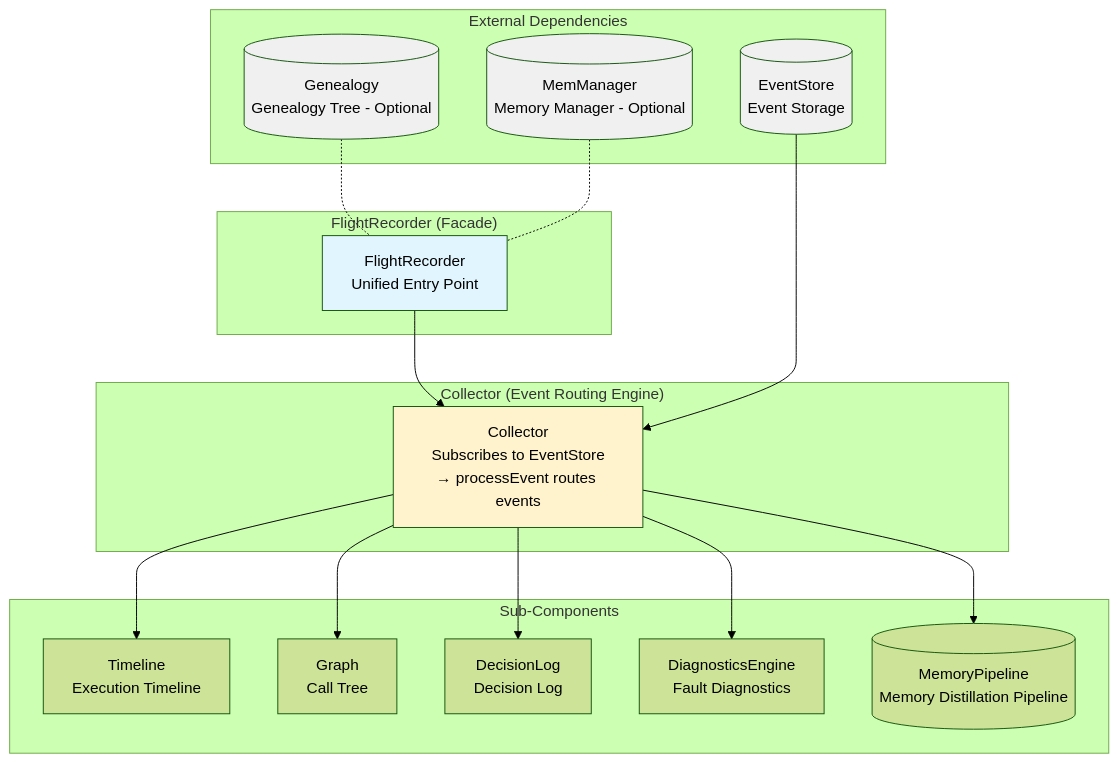
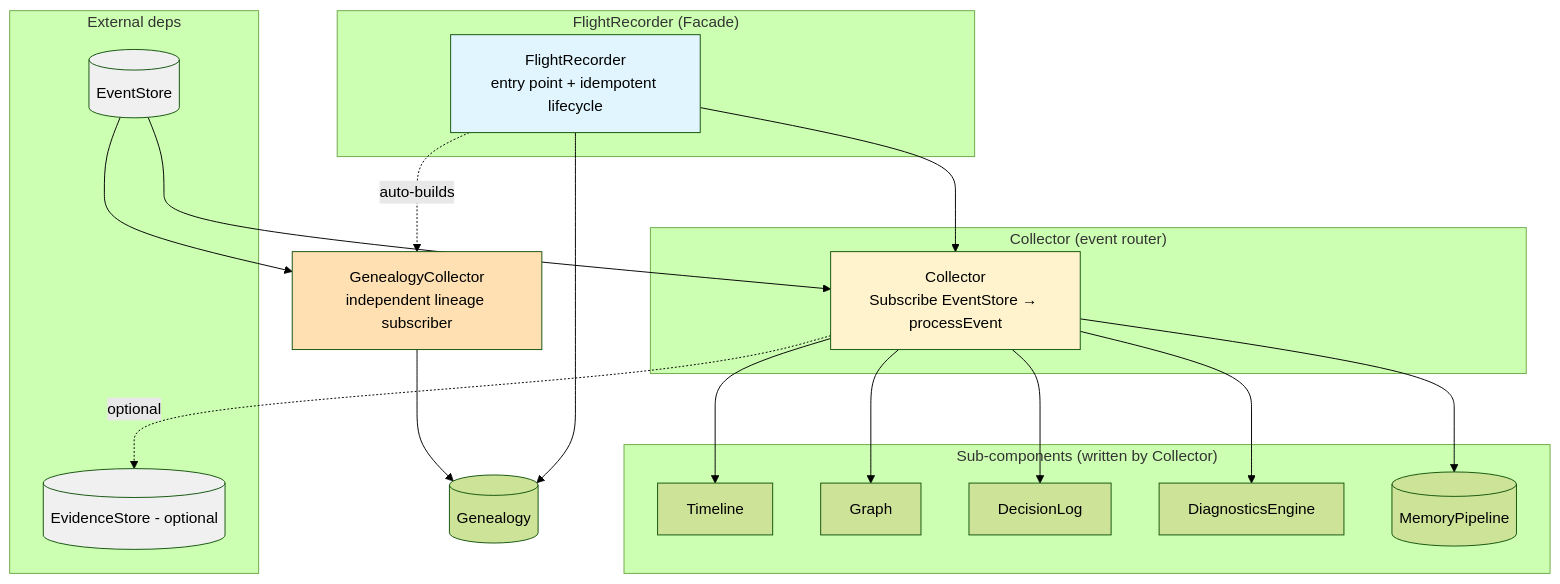
One commit to Timwood0x10/ARES changed the first of 3 diagrams in docs/articles/en/16-flight-recorder-deep-dive.md. Above: the diagram before and after it, drawn with Mermaid (forest theme). The commit also changed other lines of this file and 2423 other files, not shown here.

````diff
--- a/docs/articles/en/16-flight-recorder-deep-dive.md
+++ b/docs/articles/en/16-flight-recorder-deep-dive.md
@@ -45,36 +35,41 @@
 ```mermaid
 graph TB
     subgraph "FlightRecorder (Facade)"
-        FR[FlightRecorder<br/>Unified Entry Point]
+        FR[FlightRecorder<br/>entry point + idempotent lifecycle]
     end
 
-    subgraph "Collector (Event Routing Engine)"
-        C[Collector<br/>Subscribes to EventStore<br/>→ processEvent routes events]
+    subgraph "Collector (event router)"
+        C[Collector<br/>Subscribe EventStore → processEvent]
     end
 
-    subgraph "Sub-Components"
-        TL[Timeline<br/>Execution Timeline]
-        GR[Graph<br/>Call Tree]
-        DL[DecisionLog<br/>Decision Log]
-        DE[DiagnosticsEngine<br/>Fault Diagnostics]
-        PL[(MemoryPipeline<br/>Memory Distillation Pipeline)]
+    subgraph "Sub-components (written by Collector)"
+        TL[Timeline]
+        GR[Graph]
+        DL[DecisionLog]
+        DE[DiagnosticsEngine]
+        PL[(MemoryPipeline)]
     end
 
-    subgraph "External Dependencies"
-        ES[(EventStore<br/>Event Storage)]
-        MM[(MemManager<br/>Memory Manager - Optional)]
-        GL[(Genealogy<br/>Genealogy Tree - Optional)]
+    GC[GenealogyCollector<br/>independent lineage subscriber]
+    GL[(Genealogy)]
+
+    subgraph "External deps"
+        ES[(EventStore)]
+        EV[(EvidenceStore - optional)]
     end
 
     FR --> C
     C --> TL & GR & DL & DE & PL
-    GL -.- FR
-    MM -.- FR
+    C -. optional .-> EV
+    FR -. auto-builds .-> GC
+    GC --> GL
+    FR --> GL
     ES --> C
+    ES --> GC
 
     style FR fill:#e1f5fe
     style C fill:#fff3cd
+    style GC fill:#ffe0b2
     style ES fill:#f0f0f0
-    style GL fill:#f0f0f0
-    style MM fill:#f0f0f0
+    style EV fill:#f0f0f0
 ```
````
